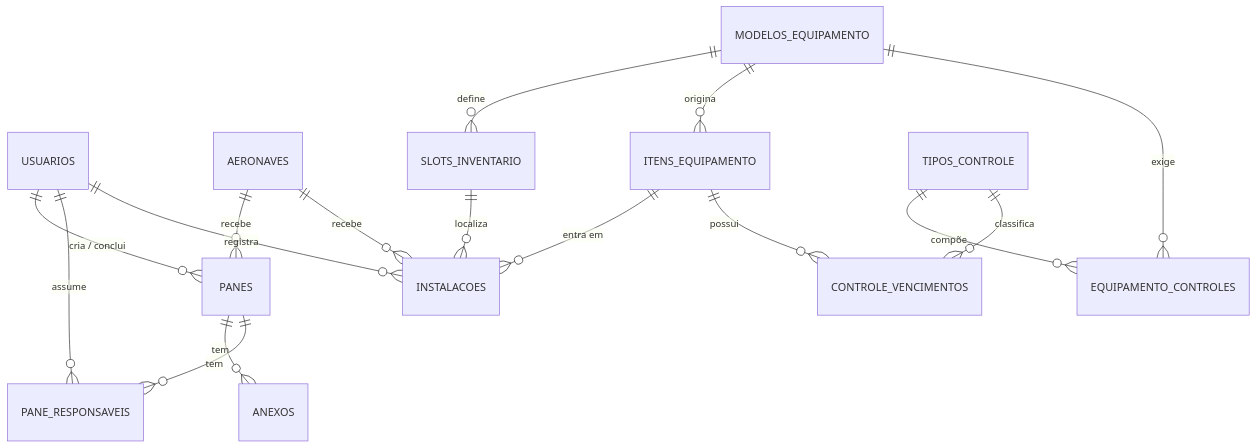
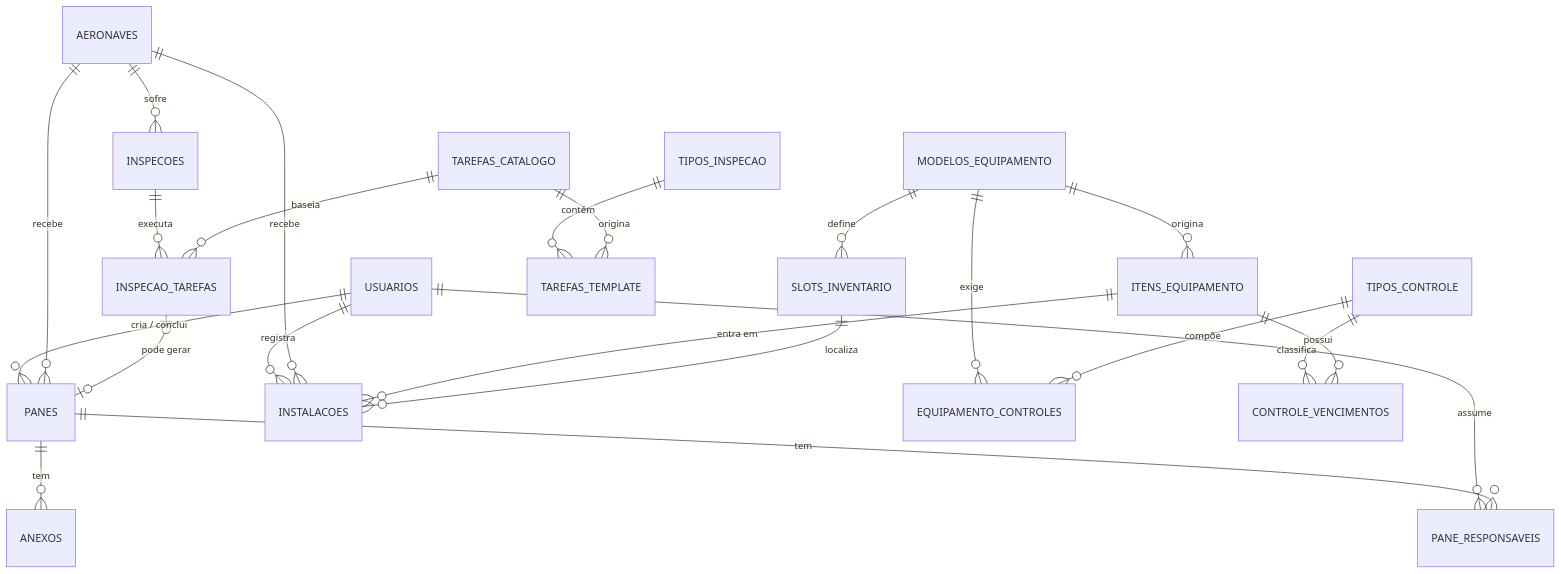
Before and after one commit to BrGarcia/saa29: the diagram in docs/architecture/overview.md, drawn with Mermaid. The commit also changed other lines of this file and 12 other files, not shown here.

````diff
--- a/docs/architecture/overview.md
+++ b/docs/architecture/overview.md
@@ -161,24 +169,31 @@
 ```mermaid
 erDiagram
     USUARIOS ||--o{ PANES : "cria / conclui"
     USUARIOS ||--o{ PANE_RESPONSAVEIS : "assume"
     USUARIOS ||--o{ INSTALACOES : "registra"
 
     AERONAVES ||--o{ PANES : "recebe"
     AERONAVES ||--o{ INSTALACOES : "recebe"
 
     PANES ||--o{ ANEXOS : "tem"
     PANES ||--o{ PANE_RESPONSAVEIS : "tem"
 
     MODELOS_EQUIPAMENTO ||--o{ SLOTS_INVENTARIO : "define"
     MODELOS_EQUIPAMENTO ||--o{ ITENS_EQUIPAMENTO : "origina"
     MODELOS_EQUIPAMENTO ||--o{ EQUIPAMENTO_CONTROLES : "exige"
 
     TIPOS_CONTROLE ||--o{ EQUIPAMENTO_CONTROLES : "compõe"
     TIPOS_CONTROLE ||--o{ CONTROLE_VENCIMENTOS : "classifica"
 
     ITENS_EQUIPAMENTO ||--o{ INSTALACOES : "entra em"
     ITENS_EQUIPAMENTO ||--o{ CONTROLE_VENCIMENTOS : "possui"
 
     SLOTS_INVENTARIO ||--o{ INSTALACOES : "localiza"
+
+    AERONAVES ||--o{ INSPECOES : "sofre"
+    TIPOS_INSPECAO ||--o{ TAREFAS_TEMPLATE : "contém"
+    TAREFAS_CATALOGO ||--o{ TAREFAS_TEMPLATE : "origina"
+    INSPECOES ||--o{ INSPECAO_TAREFAS : "executa"
+    TAREFAS_CATALOGO ||--o{ INSPECAO_TAREFAS : "baseia"
+    INSPECAO_TAREFAS |o--o| PANES : "pode gerar"
 ```
````
